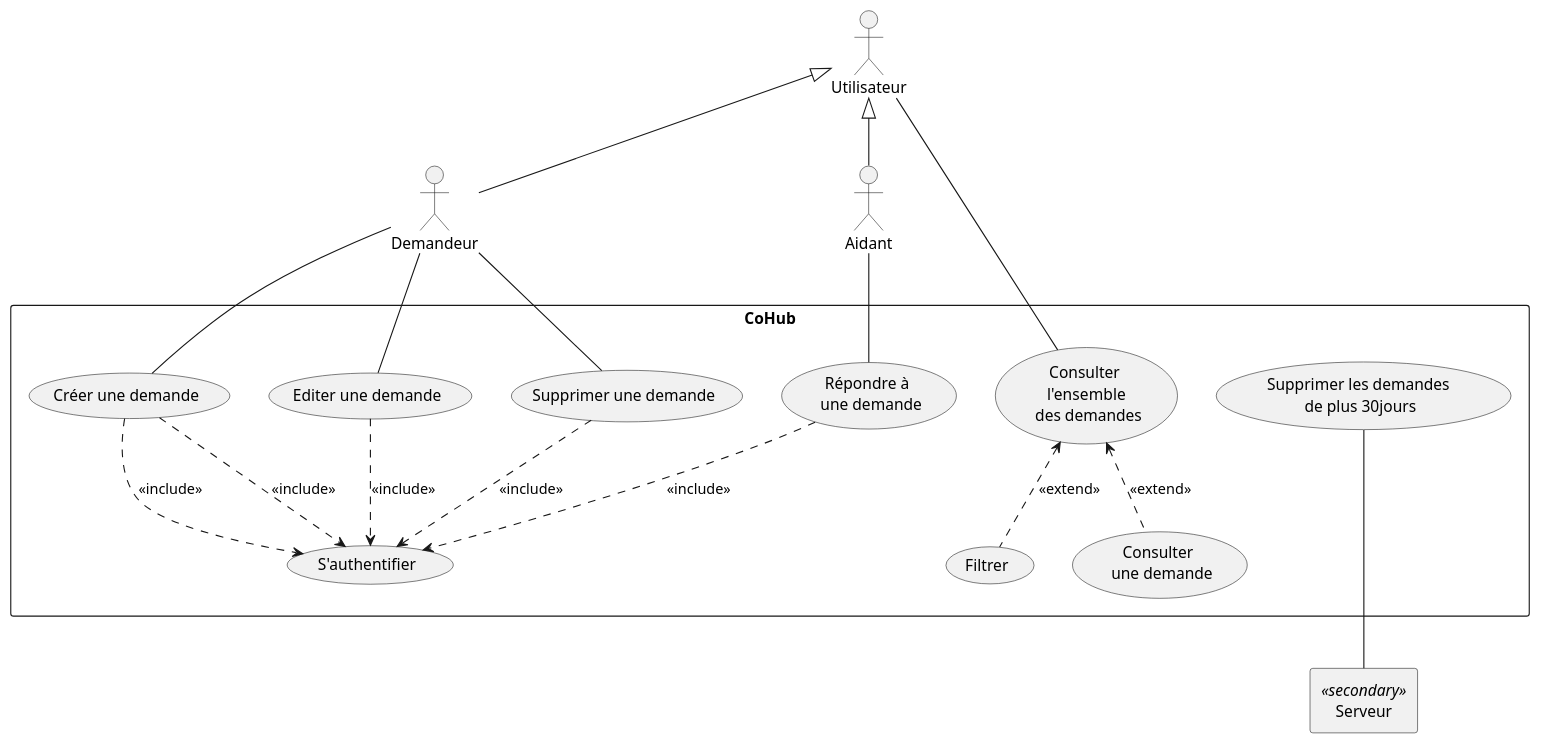
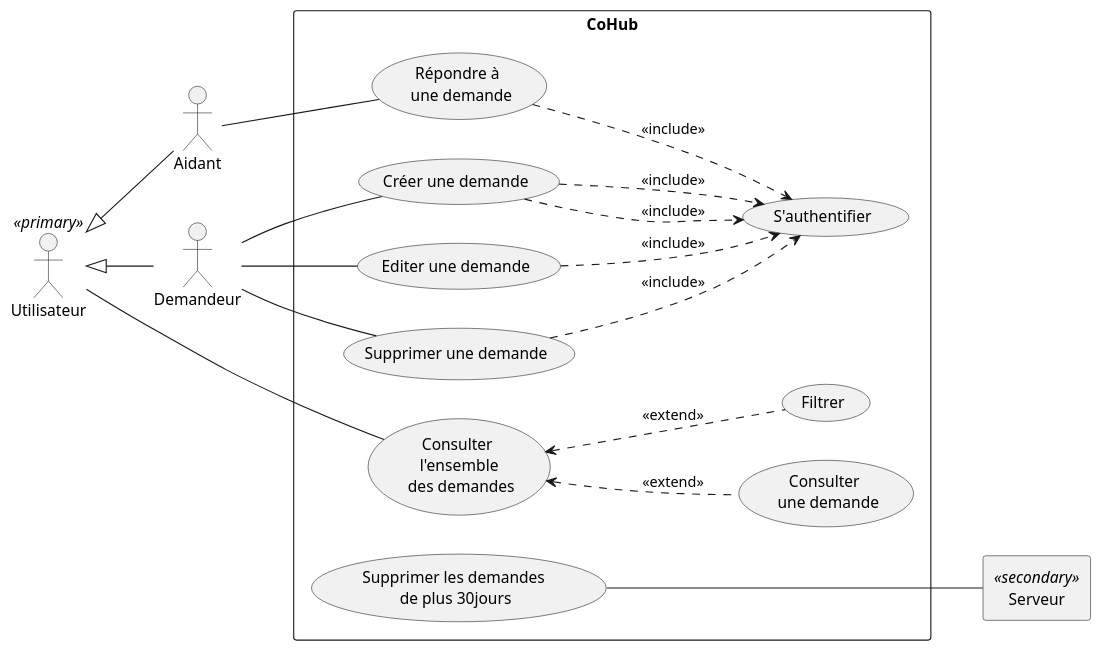
One commit to dorianleveque/CoHub changed the diagram in docs/UML/cas utilisation.puml. Above: the diagram before and after it, drawn with PlantUML.

Commit message:
Update cas utilisation.puml

```diff
--- a/docs/UML/cas utilisation.puml
+++ b/docs/UML/cas utilisation.puml
@@ -1,37 +1,41 @@
+@startuml
+left to right direction
+actor Utilisateur as "Utilisateur" <<primary>>
+actor Aidant
 actor Demandeur
 agent Serveur as "Serveur" <<secondary>>
 
 Utilisateur <|-- Aidant
 Utilisateur <|-- Demandeur
 
 rectangle "CoHub" {
     usecase UC1 as "Consulter \n l'ensemble \n des demandes"
     usecase UC2 as "Consulter \n une demande"
     usecase UC3 as "Filtrer"
     usecase UC5 as "Créer une demande"
     usecase UC6 as "Editer une demande"
     usecase UC7 as "Répondre à \n une demande"
     usecase UC8 as "S'authentifier"
     usecase UC9 as "Supprimer une demande"
     usecase UC10 as "Supprimer les demandes \n de plus 30jours " 
 
     Utilisateur -- (UC1)
     UC1 <.. UC2 : <<extend>>
     UC1 <.. UC3 : <<extend>>
     
 
     Demandeur -- UC5
     Demandeur -- UC9
     Demandeur -- UC6
     UC5 ..> UC8 : <<include>>
 
 
     Aidant -- UC7
     UC7 ..> UC8 : <<include>>
     UC5 ..> UC8 : <<include>>
     UC6 ..> UC8 : <<include>>
     UC9 ..> UC8 : <<include>>
 
     UC10 --- Serveur
 }
 @enduml
```
